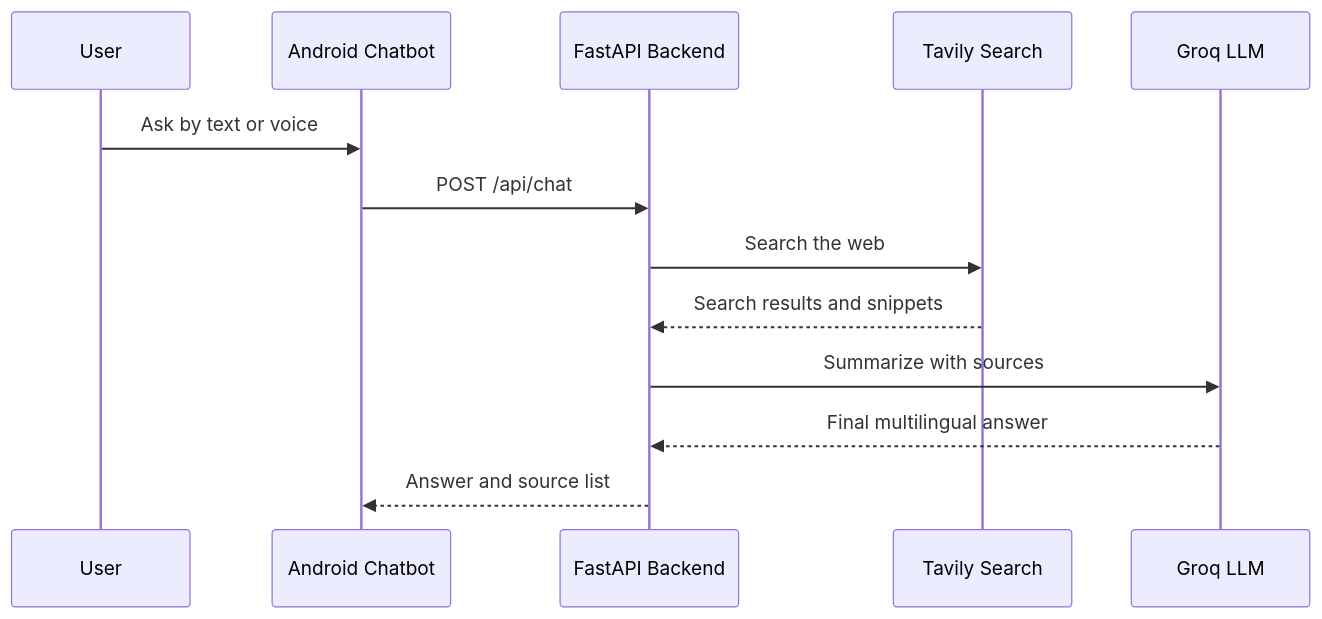
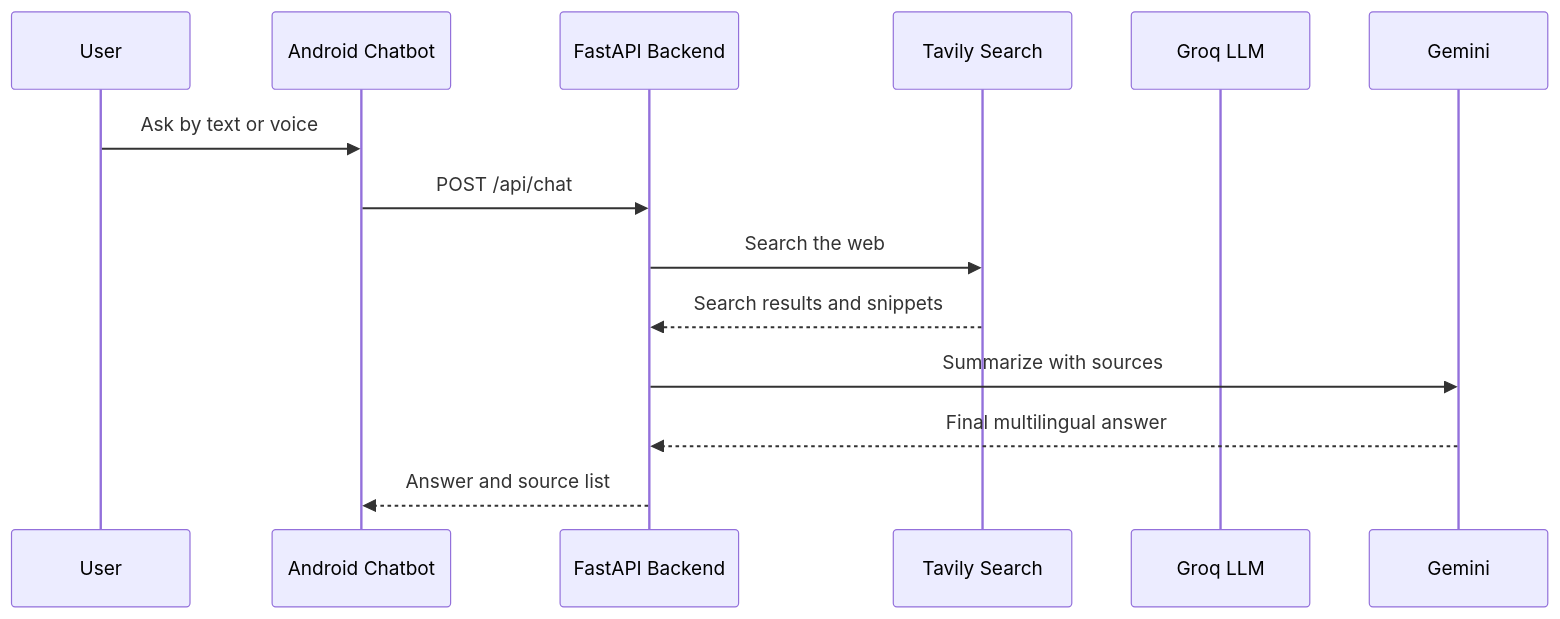
Before and after one commit to Hiteshacu/Digital_Trust_Shield-Team-HAHAHA...-: the fourth of 4 diagrams in README.md, drawn with Mermaid. The commit also changed other lines of this file, not shown here.

Commit message:
second commit

````diff
--- a/README.md
+++ b/README.md
@@ -94,16 +94,16 @@
 ```mermaid
 sequenceDiagram
     participant User as User
     participant App as Android Chatbot
     participant API as FastAPI Backend
     participant Tavily as Tavily Search
     participant Groq as Groq LLM
 
     User->>App: Ask by text or voice
     App->>API: POST /api/chat
     API->>Tavily: Search the web
     Tavily-->>API: Search results and snippets
-    API->>Groq: Summarize with sources
-    Groq-->>API: Final multilingual answer
+    API->>Gemini: Summarize with sources
+    Gemini-->>API: Final multilingual answer
     API-->>App: Answer and source list
 ```
````
